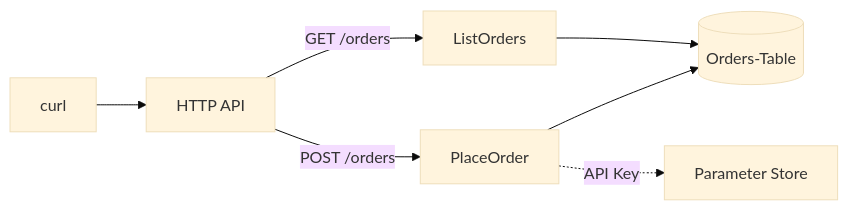
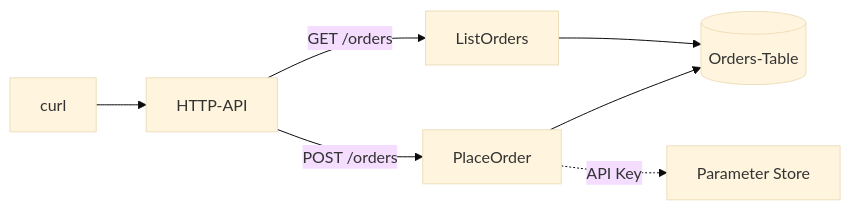
The diagram in exercises/17-aws-lab-end-to-end/README.md (MikeBild/introduction-aws), drawn with Mermaid (base theme) before and after one commit. The commit also changed other lines of this file and 43 other files, not shown here.

First line of the commit message:
AWS: Funktion, Lambda-Funktion und HTTP-API in Texten und Tests

````diff
--- a/exercises/17-aws-lab-end-to-end/README.md
+++ b/exercises/17-aws-lab-end-to-end/README.md
@@ -9,9 +9,9 @@
 ```mermaid
 flowchart LR
-  c["curl"] --> api["HTTP API"]
+  c["curl"] --> api["HTTP-API"]
   api -- "POST /orders" --> place["PlaceOrder"]
   api -- "GET /orders" --> list["ListOrders"]
   place --> t[("Orders-Table")]
   list --> t
   place -. "API Key" .-> s["Parameter Store"]
 ```
````
